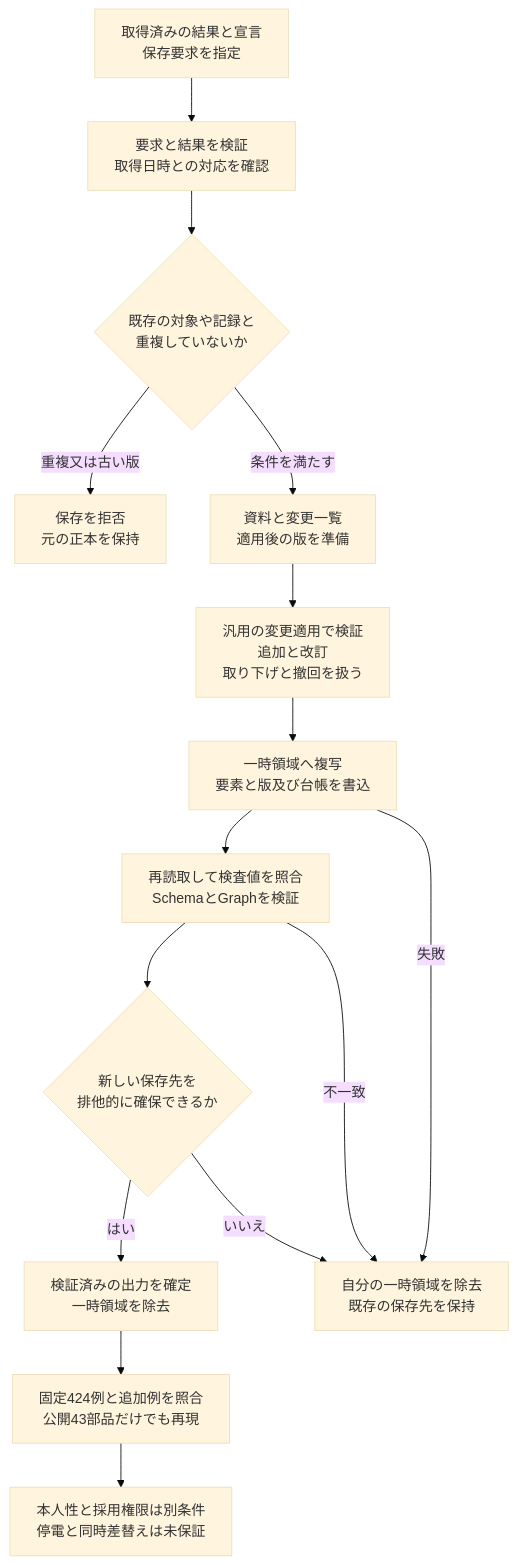
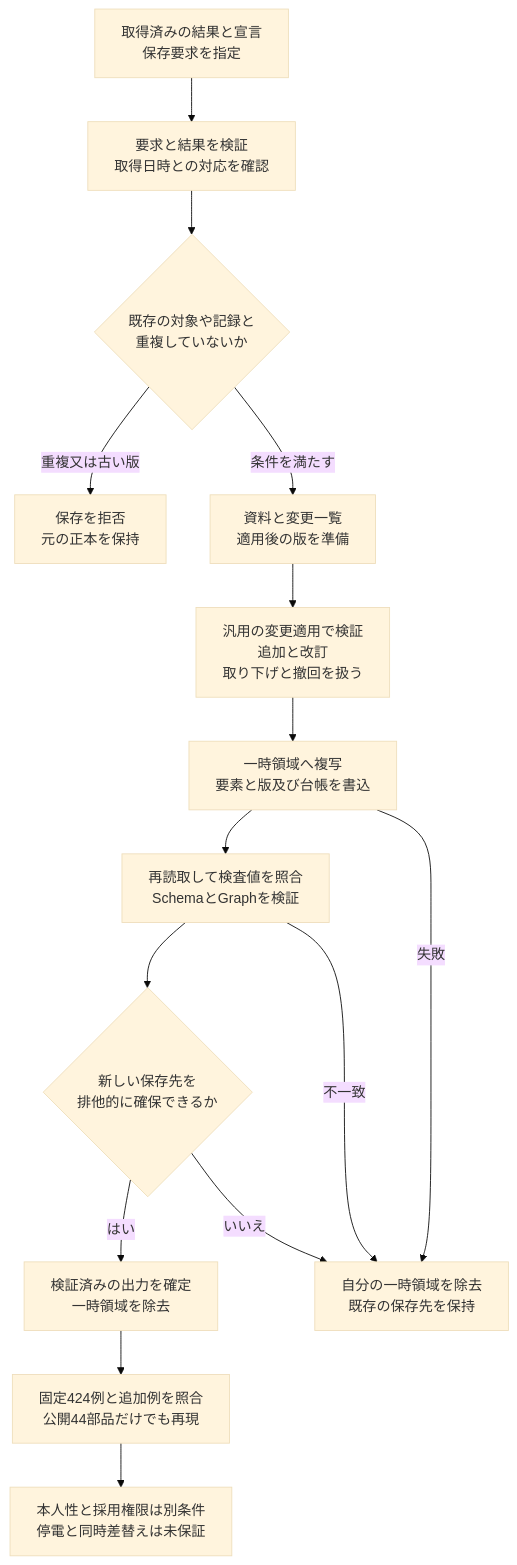
The diagram in docs/diagrams/python-import-snapshot-creation.mmd (koukemo/morivyx), drawn with Mermaid (base theme) before and after one commit. The commit also changed 36 other files, not shown here.

```diff
--- a/docs/diagrams/python-import-snapshot-creation.mmd
+++ b/docs/diagrams/python-import-snapshot-creation.mmd
@@ -1,15 +1,15 @@
 flowchart TD
   A[取得済みの結果と宣言<br/>保存要求を指定] --> B[要求と結果を検証<br/>取得日時との対応を確認]
   B --> C{既存の対象や記録と<br/>重複していないか}
   C -->|重複又は古い版| D[保存を拒否<br/>元の正本を保持]
   C -->|条件を満たす| E[資料と変更一覧<br/>適用後の版を準備]
   E --> F[汎用の変更適用で検証<br/>追加と改訂<br/>取り下げと撤回を扱う]
   F --> G[一時領域へ複写<br/>要素と版及び台帳を書込]
   G --> H[再読取して検査値を照合<br/>SchemaとGraphを検証]
   H --> I{新しい保存先を<br/>排他的に確保できるか}
   I -->|はい| J[検証済みの出力を確定<br/>一時領域を除去]
   I -->|いいえ| K[自分の一時領域を除去<br/>既存の保存先を保持]
   G -->|失敗| K
   H -->|不一致| K
-  J --> L[固定424例と追加例を照合<br/>公開43部品だけでも再現]
+  J --> L[固定424例と追加例を照合<br/>公開44部品だけでも再現]
   L --> M[本人性と採用権限は別条件<br/>停電と同時差替えは未保証]
```
